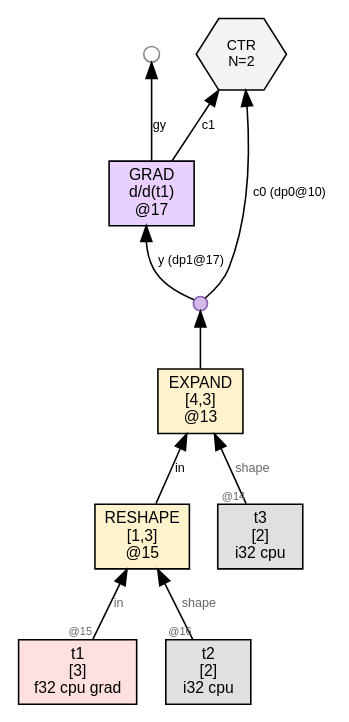
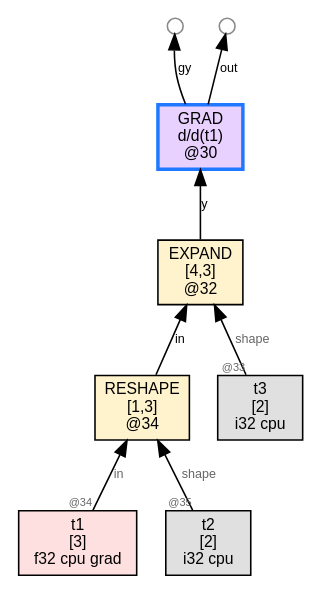
Before and after one commit to sw1sh/TinyHVM: the diagram in wl/examples/thvm_graphs/grad_rules/expand/thvm_0_pre_reduce.dot, drawn with Graphviz. The commit also changed 309 other files, not shown here.

First line of the commit message:
grad: GRAD_MODE_PAIR emits CTR{forward, backward}; step trace skips FUSE

```diff
--- a/wl/examples/thvm_graphs/grad_rules/expand/thvm_0_pre_reduce.dot
+++ b/wl/examples/thvm_graphs/grad_rules/expand/thvm_0_pre_reduce.dot
@@ -1,24 +1,21 @@
 digraph G {
   rankdir=BT;
   node [fontname="Helvetica", fontsize=10, style=filled, shape=box, margin="0.1,0.05"];
   edge [fontsize=8, fontname="Helvetica"];
 
-  n17 [label="GRAD\nd/d(t1)\n@17", shape=box, fillcolor="#e8d0ff"];
-  dup12 [label="", shape=circle, width=0.12, height=0.12, fixedsize=true, fillcolor="#d4b8e8", color="#8a63b7", fontsize=1];
-  n13 -> dup12;
-  dup12 -> n17 [label="y (dp1@17)"];
-  free17_1 [label="",shape=circle,width=0.14,height=0.14,fixedsize=true,fillcolor="#ffffff",color="#888888",fontsize=1];
-  n17 -> free17_1 [label="gy"];
-  n13 [label="EXPAND\n[4,3]\n@13", shape=box, fillcolor="#fff3cd"];
-  n15 -> n13 [label="in"];
+  n32 [label="EXPAND\n[4,3]\n@32", shape=box, fillcolor="#fff3cd"];
+  n34 -> n32 [label="in"];
   t3 [label="t3\n[2]\ni32 cpu",shape=box,fillcolor="#e0e0e0"];
-  t3 -> n13 [label="shape",taillabel="@14",labelfontsize=7,fontcolor="#666666"];
-  n15 [label="RESHAPE\n[1,3]\n@15", shape=box, fillcolor="#fff3cd"];
+  t3 -> n32 [label="shape",taillabel="@33",labelfontsize=7,fontcolor="#666666"];
+  n34 [label="RESHAPE\n[1,3]\n@34", shape=box, fillcolor="#fff3cd"];
   t1 [label="t1\n[3]\nf32 cpu grad",shape=box,fillcolor="#ffe0e0"];
-  t1 -> n15 [label="in",taillabel="@15",labelfontsize=7,fontcolor="#666666"];
+  t1 -> n34 [label="in",taillabel="@34",labelfontsize=7,fontcolor="#666666"];
   t2 [label="t2\n[2]\ni32 cpu",shape=box,fillcolor="#e0e0e0"];
-  t2 -> n15 [label="shape",taillabel="@16",labelfontsize=7,fontcolor="#666666"];
-  ctr10 [label="CTR\nN=2", shape=hexagon, fillcolor="#f3f3f3", fontsize=9];
-  dup12 -> ctr10 [label="c0 (dp0@10)"];
-  n17 -> ctr10 [label="c1"];
+  t2 -> n34 [label="shape",taillabel="@35",labelfontsize=7,fontcolor="#666666"];
+  n30 [label="GRAD\nd/d(t1)\n@30", shape=box, fillcolor="#e8d0ff",color="#1f78ff",penwidth=2.2];
+  n32 -> n30 [label="y"];
+  free30_1 [label="",shape=circle,width=0.14,height=0.14,fixedsize=true,fillcolor="#ffffff",color="#888888",fontsize=1];
+  n30 -> free30_1 [label="gy"];
+  free30_1000 [label="",shape=circle,width=0.14,height=0.14,fixedsize=true,fillcolor="#ffffff",color="#888888",fontsize=1];
+  n30 -> free30_1000 [label="out"];
 }
```
